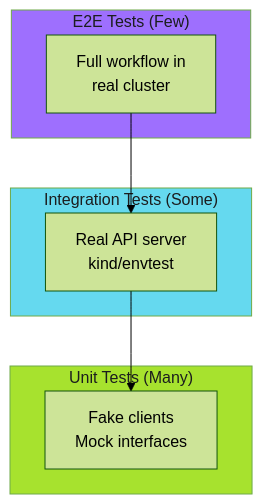
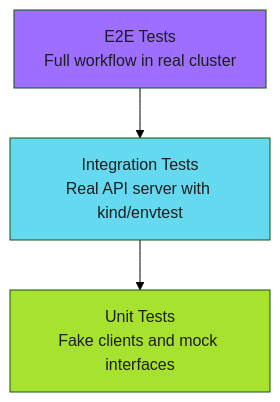
One commit to adaptive-enforcement-lab/adaptive-enforcement-lab-com changed the diagram in docs/developer-guide/go-cli-architecture/testing/index.md. Above: the diagram before and after it, drawn with Mermaid (forest theme). The commit also changed 2 other files, not shown here.

Commit message:
fix: improve Mermaid diagram readability
- Remove subgraph backgrounds that obscure text
- Add semantic colors to all nodes
- Simplify testing pyramid without nested subgraphs
- Color orchestrator flow nodes by function type
- Color build flow nodes by stage (build vs runtime)

````diff
--- a/docs/developer-guide/go-cli-architecture/testing/index.md
+++ b/docs/developer-guide/go-cli-architecture/testing/index.md
@@ -19,20 +19,12 @@
 ```mermaid
 graph TB
-    subgraph E2E["E2E Tests (Few)"]
-        E2ETests[Full workflow in<br/>real cluster]
-    end
+    E2E[E2E Tests<br/>Full workflow in real cluster]
+    Integration[Integration Tests<br/>Real API server with kind/envtest]
+    Unit[Unit Tests<br/>Fake clients and mock interfaces]
 
-    subgraph Integration["Integration Tests (Some)"]
-        IntTests[Real API server<br/>kind/envtest]
-    end
-
-    subgraph Unit["Unit Tests (Many)"]
-        UnitTests[Fake clients<br/>Mock interfaces]
-    end
-
-    E2ETests --> IntTests --> UnitTests
+    E2E --> Integration --> Unit
 
     style E2E fill:#9e6ffe,color:#1b1d1e
     style Integration fill:#65d9ef,color:#1b1d1e
     style Unit fill:#a7e22e,color:#1b1d1e
 ```
````
